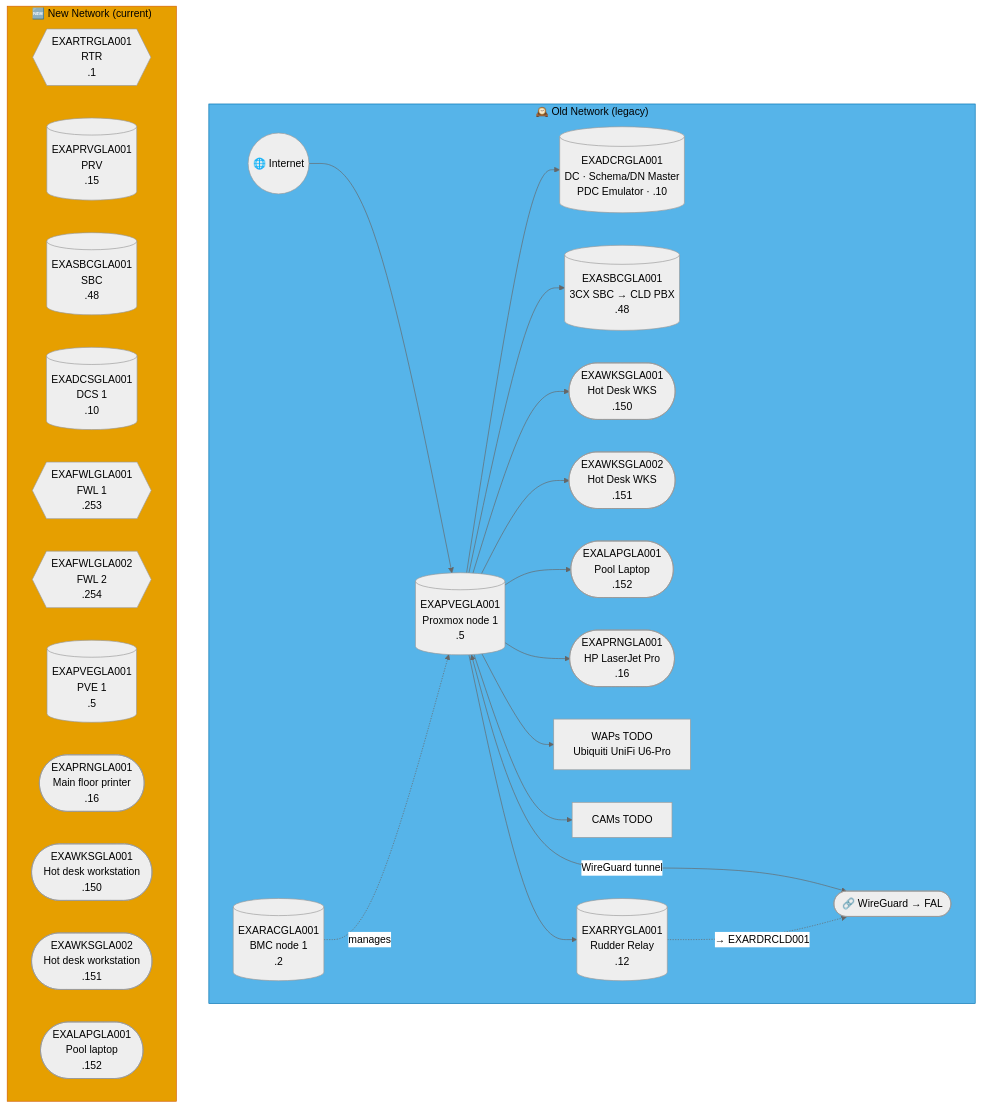
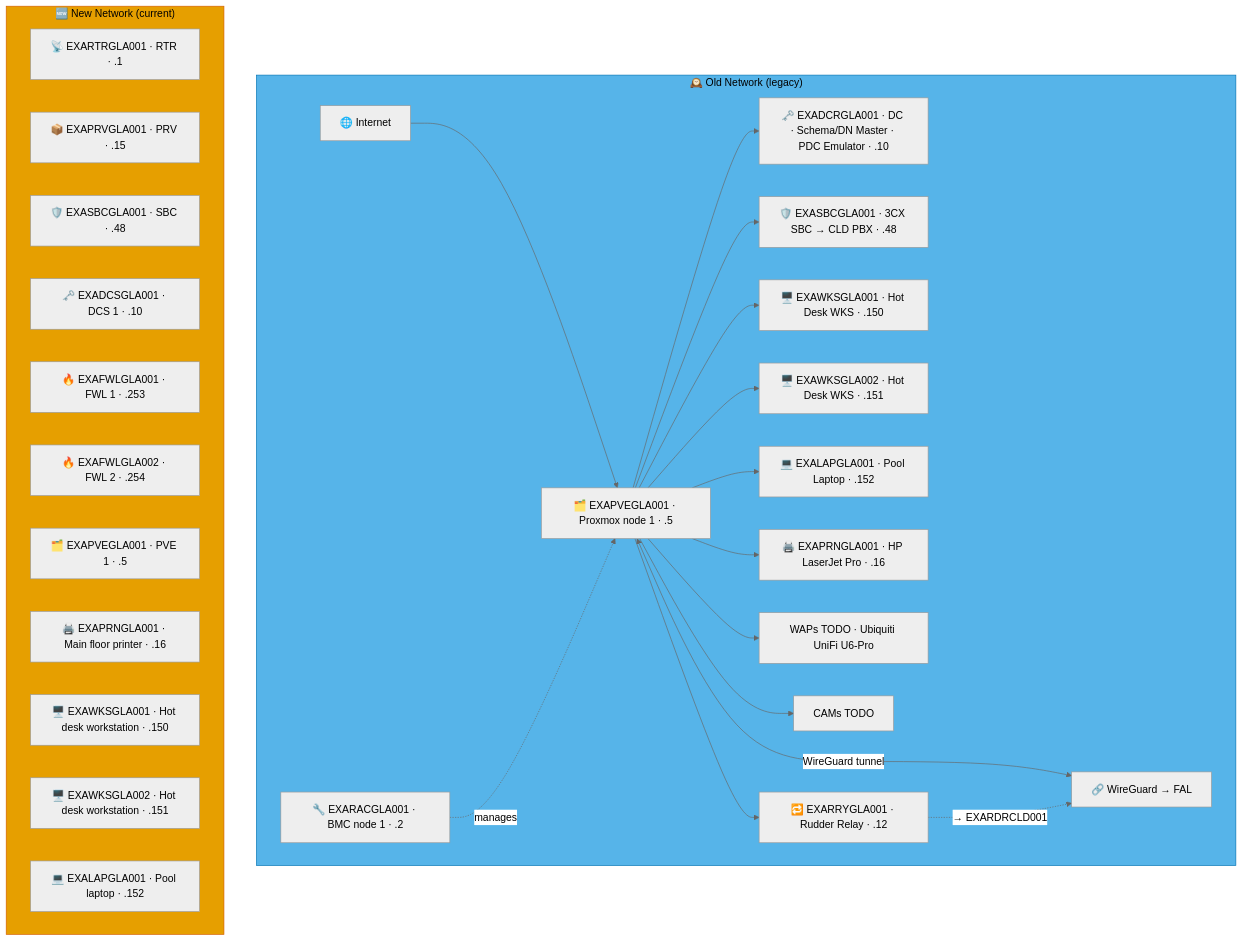
The fourth of 51 diagrams in docs/network-diagram.md (knightmare2600/example_music_infra), drawn with Mermaid (neutral theme) before and after one commit. The commit also changed other lines of this file and 5 other files, not shown here.

````diff
--- a/docs/network-diagram.md
+++ b/docs/network-diagram.md
@@ -425,44 +426,44 @@
 ```mermaid
 graph TD
     subgraph OLD_GLA ["🕰️ Old Network (legacy)"]
-      INET(("🌐 Internet"))
-      PVE[("EXAPVEGLA001<br/>Proxmox node 1<br/>.5")]
-      RAC[("EXARACGLA001<br/>BMC node 1<br/>.2")]
-      DC[("EXADCRGLA001<br/>DC · Schema/DN Master<br/>PDC Emulator · .10")]
-      SBC[("EXASBCGLA001<br/>3CX SBC → CLD PBX<br/>.48")]
-      RRY[("EXARRYGLA001<br/>Rudder Relay<br/>.12")]
-      WKS1(["EXAWKSGLA001<br/>Hot Desk WKS<br/>.150"])
-      WKS2(["EXAWKSGLA002<br/>Hot Desk WKS<br/>.151"])
-      LAP(["EXALAPGLA001<br/>Pool Laptop<br/>.152"])
-      PRN(["EXAPRNGLA001<br/>HP LaserJet Pro<br/>.16"])
-      WAP["WAPs TODO<br/>Ubiquiti UniFi U6-Pro"]
+      INET["🌐 Internet"]
+      PVE["🗂️ EXAPVEGLA001 · Proxmox node 1 · .5"]
+      RAC["🔧 EXARACGLA001 · BMC node 1 · .2"]
+      DC["🗝️ EXADCRGLA001 · DC · Schema/DN Master · PDC Emulator · .10"]
+      SBC["🛡️ EXASBCGLA001 · 3CX SBC → CLD PBX · .48"]
+      RRY["🔁 EXARRYGLA001 · Rudder Relay · .12"]
+      WKS1["🖥️ EXAWKSGLA001 · Hot Desk WKS · .150"]
+      WKS2["🖥️ EXAWKSGLA002 · Hot Desk WKS · .151"]
+      LAP["💻 EXALAPGLA001 · Pool Laptop · .152"]
+      PRN["🖨️ EXAPRNGLA001 · HP LaserJet Pro · .16"]
+      WAP["WAPs TODO · Ubiquiti UniFi U6-Pro"]
       CAM["CAMs TODO"]
-      VPN(["🔗 WireGuard → FAL"])
+      VPN["🔗 WireGuard → FAL"]
 
       INET --> PVE
       PVE --> DC & SBC
       RAC -.->|"manages"| PVE
       PVE --> WKS1 & WKS2 & LAP & PRN & WAP & CAM
       PVE <-->|"WireGuard tunnel"| VPN
 
       PVE --> RRY
       RRY -. "→ EXARDRCLD001" .-> VPN
     end
     style OLD_GLA fill:#56B4E9,stroke:#0072B2,color:#000000
     %% GENERATED:NEW-NETWORK:GLA:START
     subgraph NEW_GLA ["🆕 New Network (current)"]
-      N_RTR{{"EXARTRGLA001<br/>RTR<br/>.1"}}
-      N_PRV[("EXAPRVGLA001<br/>PRV<br/>.15")]
-      N_SBC[("EXASBCGLA001<br/>SBC<br/>.48")]
-      N_DCS[("EXADCSGLA001<br/>DCS 1<br/>.10")]
-      N_FWL{{"EXAFWLGLA001<br/>FWL 1<br/>.253"}}
-      N_FWL2{{"EXAFWLGLA002<br/>FWL 2<br/>.254"}}
-      N_PVE[("EXAPVEGLA001<br/>PVE 1<br/>.5")]
-      N_PRN(["EXAPRNGLA001<br/>Main floor printer<br/>.16"])
-      N_WKS(["EXAWKSGLA001<br/>Hot desk workstation<br/>.150"])
-      N_WKS2(["EXAWKSGLA002<br/>Hot desk workstation<br/>.151"])
-      N_LAP(["EXALAPGLA001<br/>Pool laptop<br/>.152"])
+      N_RTR["📡 EXARTRGLA001 · RTR · .1"]
+      N_PRV["📦 EXAPRVGLA001 · PRV · .15"]
+      N_SBC["🛡️ EXASBCGLA001 · SBC · .48"]
+      N_DCS["🗝️ EXADCSGLA001 · DCS 1 · .10"]
+      N_FWL["🔥 EXAFWLGLA001 · FWL 1 · .253"]
+      N_FWL2["🔥 EXAFWLGLA002 · FWL 2 · .254"]
+      N_PVE["🗂️ EXAPVEGLA001 · PVE 1 · .5"]
+      N_PRN["🖨️ EXAPRNGLA001 · Main floor printer · .16"]
+      N_WKS["🖥️ EXAWKSGLA001 · Hot desk workstation · .150"]
+      N_WKS2["🖥️ EXAWKSGLA002 · Hot desk workstation · .151"]
+      N_LAP["💻 EXALAPGLA001 · Pool laptop · .152"]
     end
     style NEW_GLA fill:#E69F00,stroke:#D55E00,color:#000000
     %% GENERATED:NEW-NETWORK:GLA:END
 ```
````
